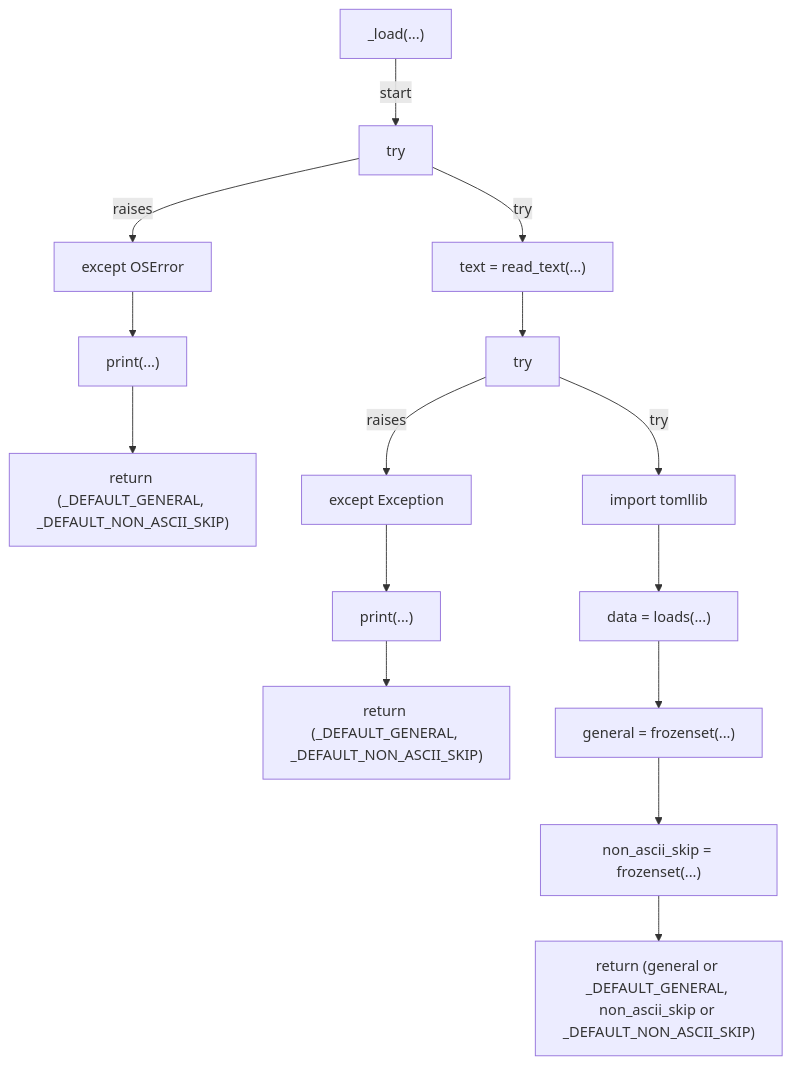
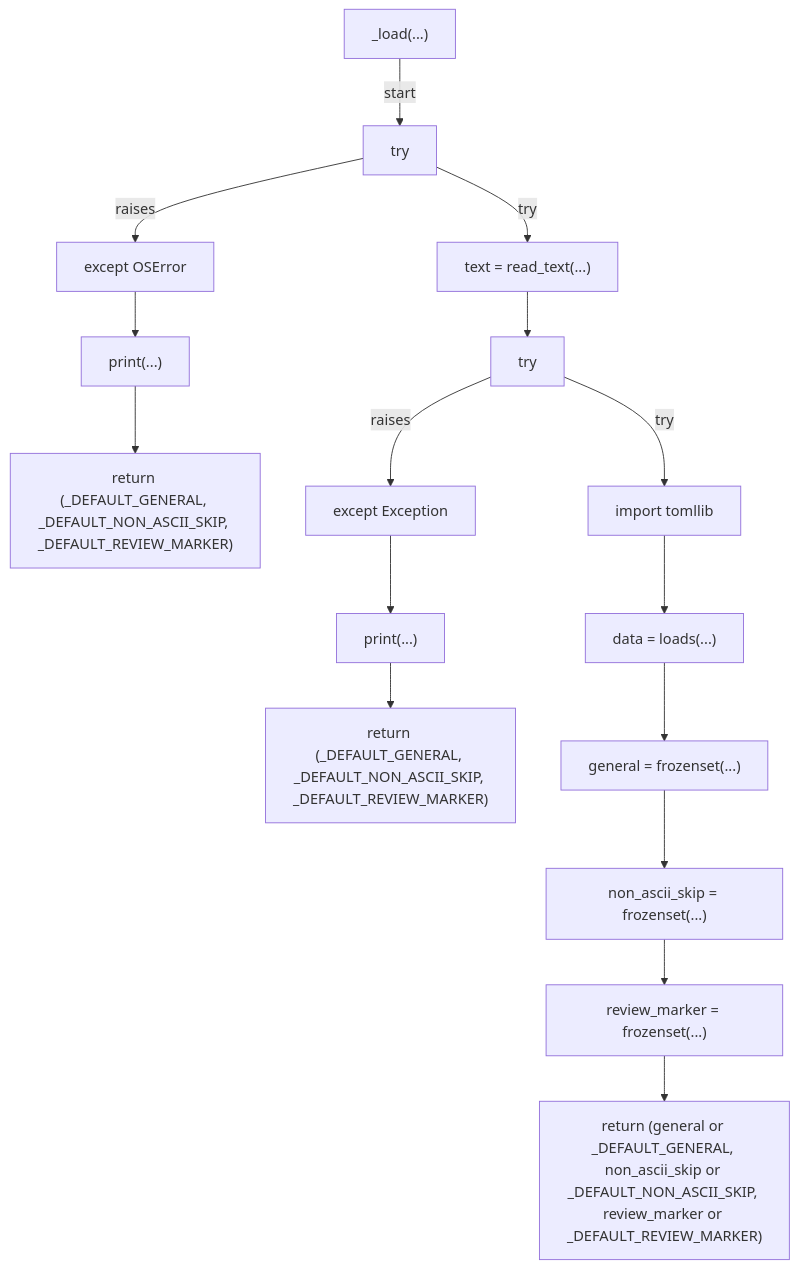
Before and after one commit to tvna/claude-md: the diagram in docs/generated/scripts/ast/_trusted_bots.md, drawn with Mermaid. The commit also changed 4 other files, not shown here.

First line of the commit message:
docs(generated): regenerate decision tree and workflow diagrams

````diff
--- a/docs/generated/scripts/ast/_trusted_bots.md
+++ b/docs/generated/scripts/ast/_trusted_bots.md
@@ -7,32 +7,34 @@
 ```mermaid
 flowchart TD
     N001["_load(...)"]
     N002["try"]
     N003["text = read_text(...)"]
     N004["except OSError"]
     N005["print(...)"]
-    N006["return (_DEFAULT_GENERAL, _DEFAULT_NON_ASCII_SKIP)"]
+    N006["return (_DEFAULT_GENERAL, _DEFAULT_NON_ASCII_SKIP, _DEFAULT_REVIEW_MARKER)"]
     N007["try"]
     N008["import tomllib"]
     N009["data = loads(...)"]
     N010["except Exception"]
     N011["print(...)"]
-    N012["return (_DEFAULT_GENERAL, _DEFAULT_NON_ASCII_SKIP)"]
+    N012["return (_DEFAULT_GENERAL, _DEFAULT_NON_ASCII_SKIP, _DEFAULT_REVIEW_MARKER)"]
     N013["general = frozenset(...)"]
     N014["non_ascii_skip = frozenset(...)"]
-    N015["return (general or _DEFAULT_GENERAL, non_ascii_skip or _DEFAULT_NON_ASCII_SKIP)"]
+    N015["review_marker = frozenset(...)"]
+    N016["return (general or _DEFAULT_GENERAL, non_ascii_skip or _DEFAULT_NON_ASCII_SKIP, review_marker or _DEFAULT_REVIEW_MARKER)"]
     N001 -->|"start"| N002
     N002 -->|"try"| N003
     N002 -->|"raises"| N004
     N004 --> N005
     N005 --> N006
     N003 --> N007
     N007 -->|"try"| N008
     N008 --> N009
     N007 -->|"raises"| N010
     N010 --> N011
     N011 --> N012
     N009 --> N013
     N013 --> N014
     N014 --> N015
+    N015 --> N016
 ```
````
